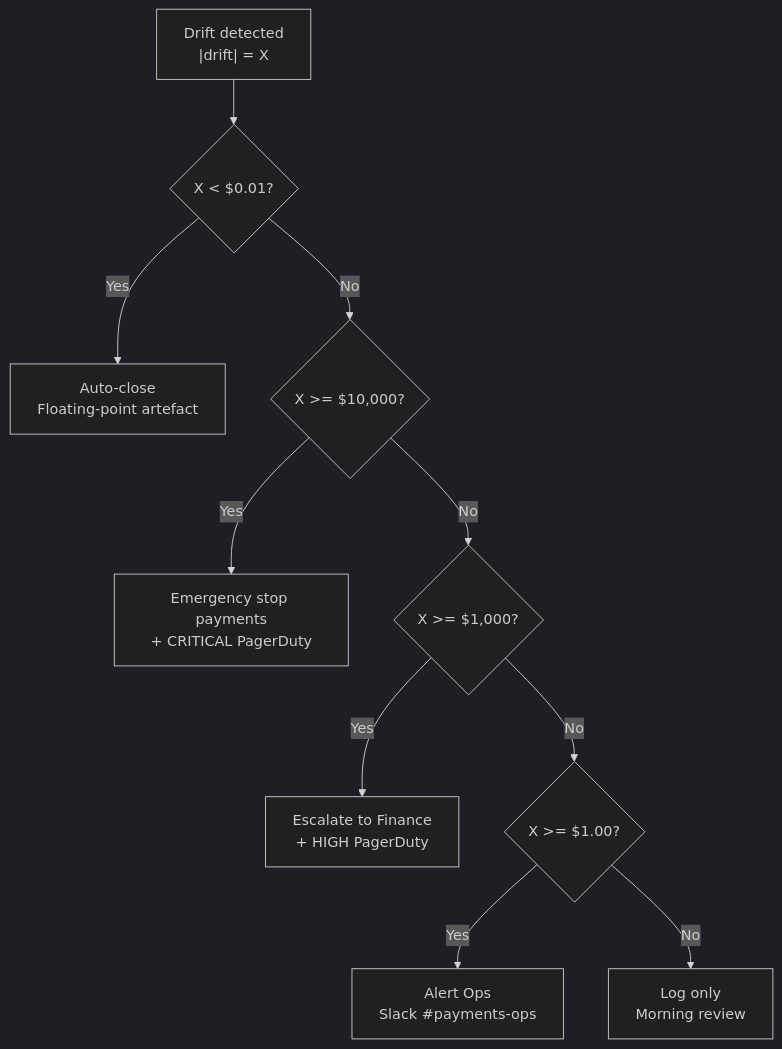
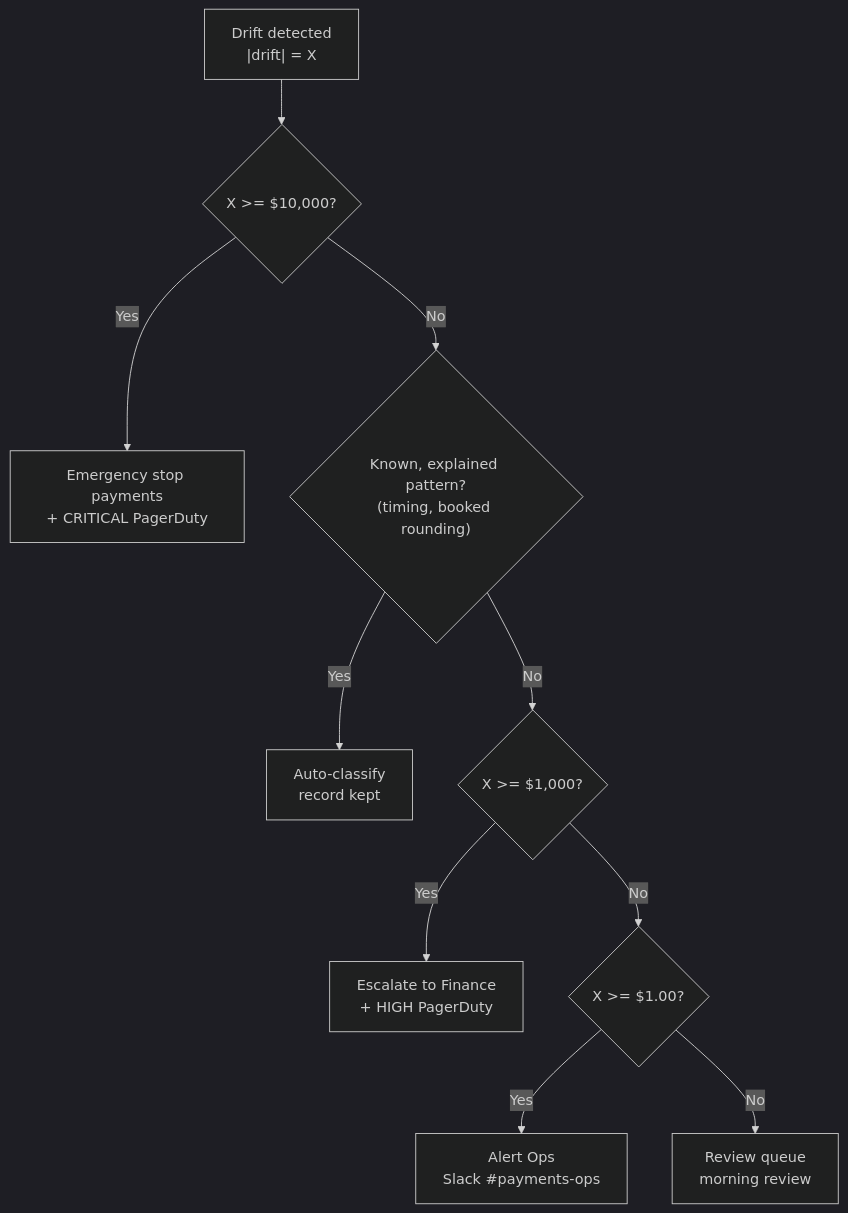
The second of 2 diagrams in docs/content/tracks/track-05-transaction-integrity/lesson-10-scenario-i-reconciliation/index.md (mostafasroor1983/fintech-engineering-mastery), drawn with Mermaid (dark theme) before and after one commit. The commit also changed other lines of this file and 345 other files, not shown here.

````diff
--- a/docs/content/tracks/track-05-transaction-integrity/lesson-10-scenario-i-reconciliation/index.md
+++ b/docs/content/tracks/track-05-transaction-integrity/lesson-10-scenario-i-reconciliation/index.md
@@ -488,13 +509,13 @@
 ```mermaid
 flowchart TD
     D["Drift detected\n|drift| = X"]
-    D --> C1{"X < $0.01?"}
-    C1 -->|Yes| A1["Auto-close\nFloating-point artefact"]
-    C1 -->|No| C2{"X >= $10,000?"}
-    C2 -->|Yes| A4["Emergency stop payments\n+ CRITICAL PagerDuty"]
+    D --> C1{"X >= $10,000?"}
+    C1 -->|Yes| A4["Emergency stop payments\n+ CRITICAL PagerDuty"]
+    C1 -->|No| C2{"Known, explained pattern?\n(timing, booked rounding)"}
+    C2 -->|Yes| A1["Auto-classify\nrecord kept"]
     C2 -->|No| C3{"X >= $1,000?"}
     C3 -->|Yes| A3["Escalate to Finance\n+ HIGH PagerDuty"]
     C3 -->|No| C4{"X >= $1.00?"}
     C4 -->|Yes| A2["Alert Ops\nSlack #payments-ops"]
-    C4 -->|No| A5["Log only\nMorning review"]
+    C4 -->|No| A5["Review queue\nmorning review"]
 ```
````
